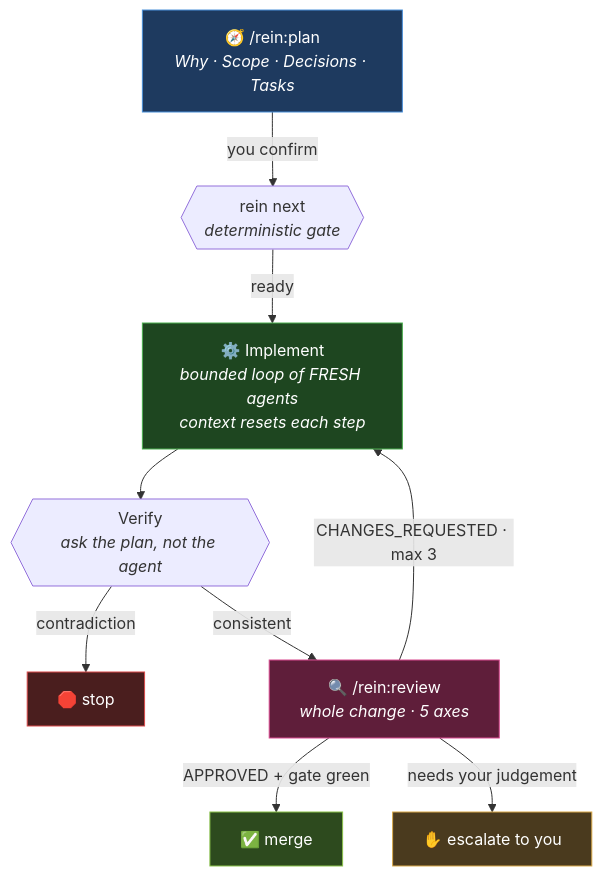
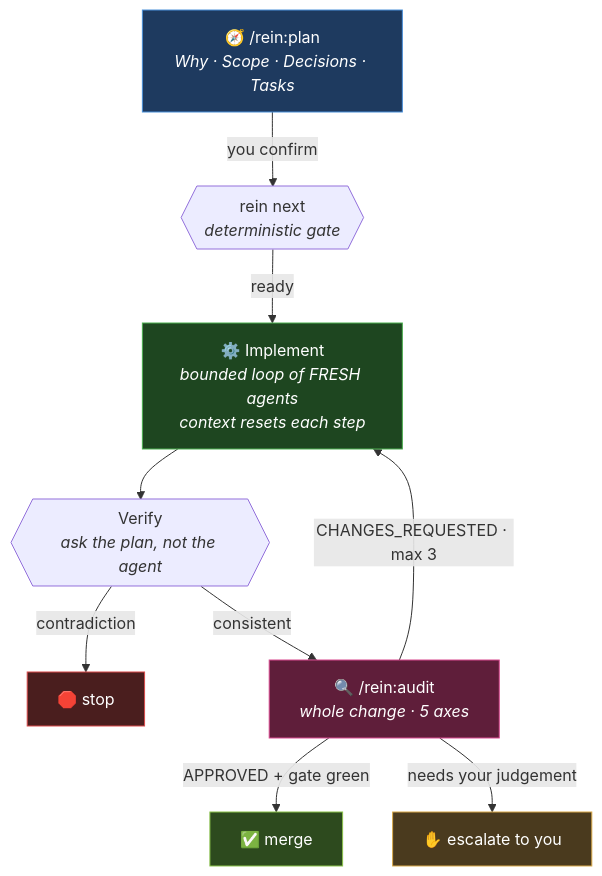
Before and after one commit to luisfarfan/rein-agentic-kit: the first of 2 diagrams in README.md, drawn with Mermaid. The commit also changed other lines of this file and 14 other files, not shown here.

````diff
--- a/README.md
+++ b/README.md
@@ -44,27 +44,27 @@
 ```mermaid
 flowchart TD
     A["🧭 /rein:plan<br/><i>Why · Scope · Decisions · Tasks</i>"]
     B{{"rein next<br/><i>deterministic gate</i>"}}
     C["⚙️ Implement<br/><i>bounded loop of FRESH agents</i><br/><i>context resets each step</i>"]
     D{{"Verify<br/><i>ask the plan, not the agent</i>"}}
-    E["🔍 /rein:review<br/><i>whole change · 5 axes</i>"]
+    E["🔍 /rein:audit<br/><i>whole change · 5 axes</i>"]
     F["✅ merge"]
     G["✋ escalate to you"]
     X["🛑 stop"]
 
     A -->|you confirm| B
     B -->|ready| C
     C --> D
     D -->|contradiction| X
     D -->|consistent| E
     E -->|"APPROVED + gate green"| F
     E -->|"needs your judgement"| G
     E -->|"CHANGES_REQUESTED · max 3"| C
 
     style A fill:#1e3a5f,stroke:#4a90d9,color:#fff
     style C fill:#1e4620,stroke:#4caf50,color:#fff
     style E fill:#5f1e3a,stroke:#d94a90,color:#fff
     style F fill:#2d4a1e,stroke:#8bc34a,color:#fff
     style X fill:#4a1e1e,stroke:#d94a4a,color:#fff
     style G fill:#4a3a1e,stroke:#d9a94a,color:#fff
 ```
````
